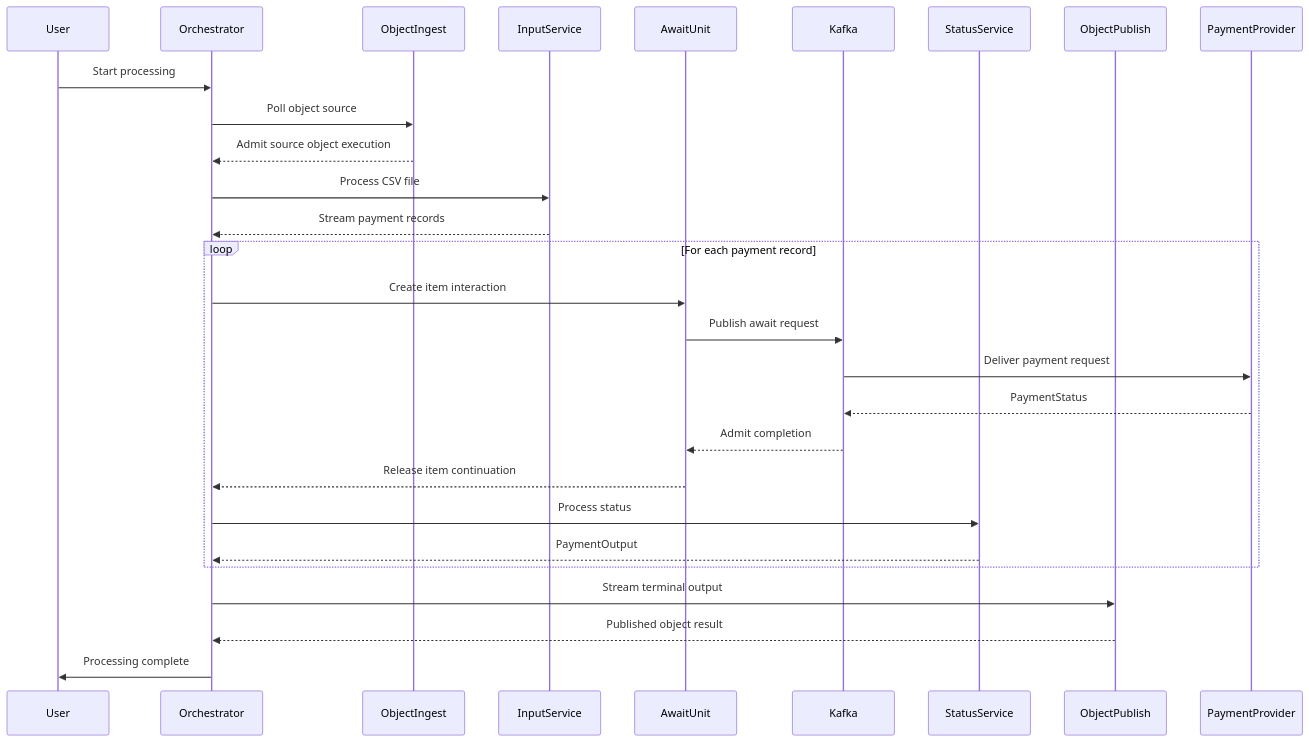
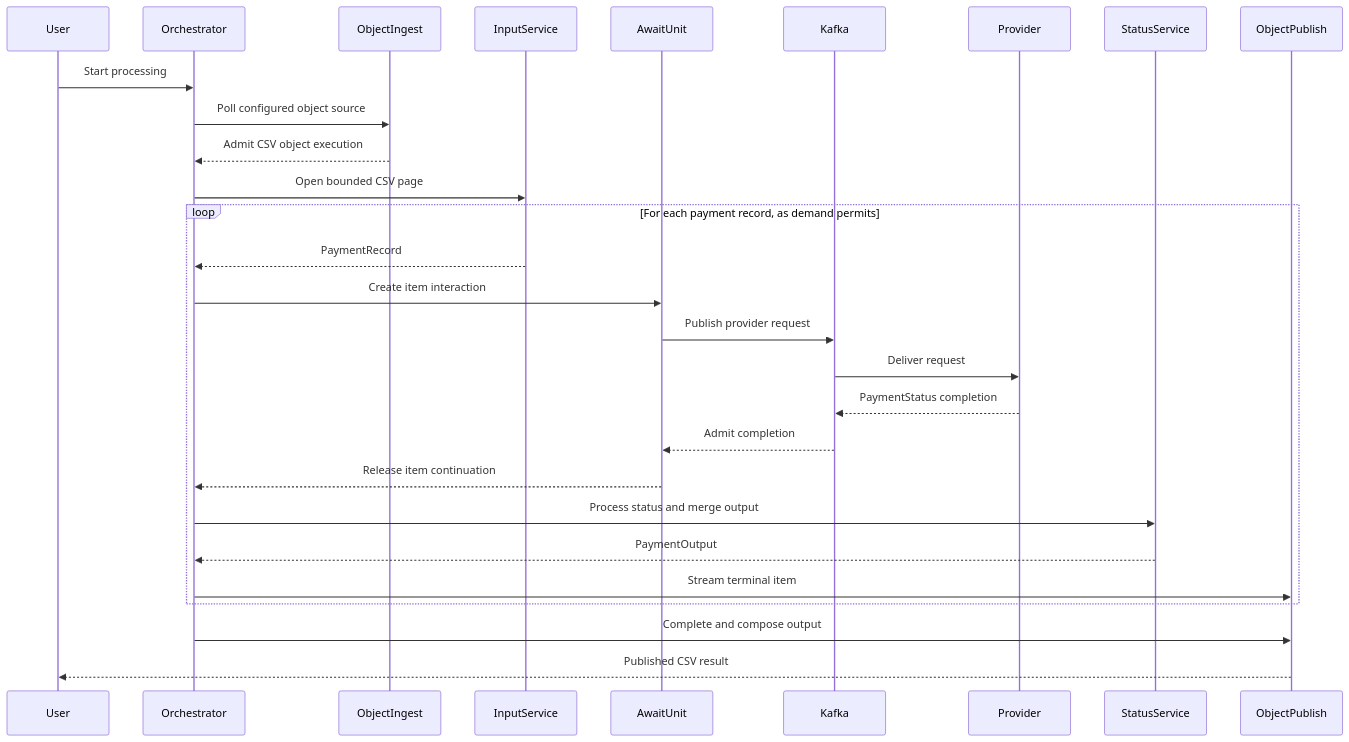
The diagram in README.md (The-Pipeline-Framework/csv-kafka-payments), drawn with Mermaid before and after one commit. The commit also changed other lines of this file and 5 other files, not shown here.

````diff
--- a/README.md
+++ b/README.md
@@ -436,31 +128,31 @@
 ```mermaid
 sequenceDiagram
     participant User
     participant Orchestrator
     participant ObjectIngest
     participant InputService
     participant AwaitUnit
     participant Kafka
+    participant Provider
     participant StatusService
     participant ObjectPublish
-    participant PaymentProvider
 
     User->>Orchestrator: Start processing
-    Orchestrator->>ObjectIngest: Poll object source
-    ObjectIngest-->>Orchestrator: Admit source object execution
-    Orchestrator->>InputService: Process CSV file
-    InputService-->>Orchestrator: Stream payment records
-    loop For each payment record
+    Orchestrator->>ObjectIngest: Poll configured object source
+    ObjectIngest-->>Orchestrator: Admit CSV object execution
+    Orchestrator->>InputService: Open bounded CSV page
+    loop For each payment record, as demand permits
+        InputService-->>Orchestrator: PaymentRecord
         Orchestrator->>AwaitUnit: Create item interaction
-        AwaitUnit->>Kafka: Publish await request
-        Kafka->>PaymentProvider: Deliver payment request
-        PaymentProvider-->>Kafka: PaymentStatus
+        AwaitUnit->>Kafka: Publish provider request
+        Kafka->>Provider: Deliver request
+        Provider-->>Kafka: PaymentStatus completion
         Kafka-->>AwaitUnit: Admit completion
         AwaitUnit-->>Orchestrator: Release item continuation
-        Orchestrator->>StatusService: Process status
+        Orchestrator->>StatusService: Process status and merge output
         StatusService-->>Orchestrator: PaymentOutput
+        Orchestrator->>ObjectPublish: Stream terminal item
     end
-    Orchestrator->>ObjectPublish: Stream terminal output
-    ObjectPublish-->>Orchestrator: Published object result
-    Orchestrator->>User: Processing complete
+    Orchestrator->>ObjectPublish: Complete and compose output
+    ObjectPublish-->>User: Published CSV result
 ```
````
